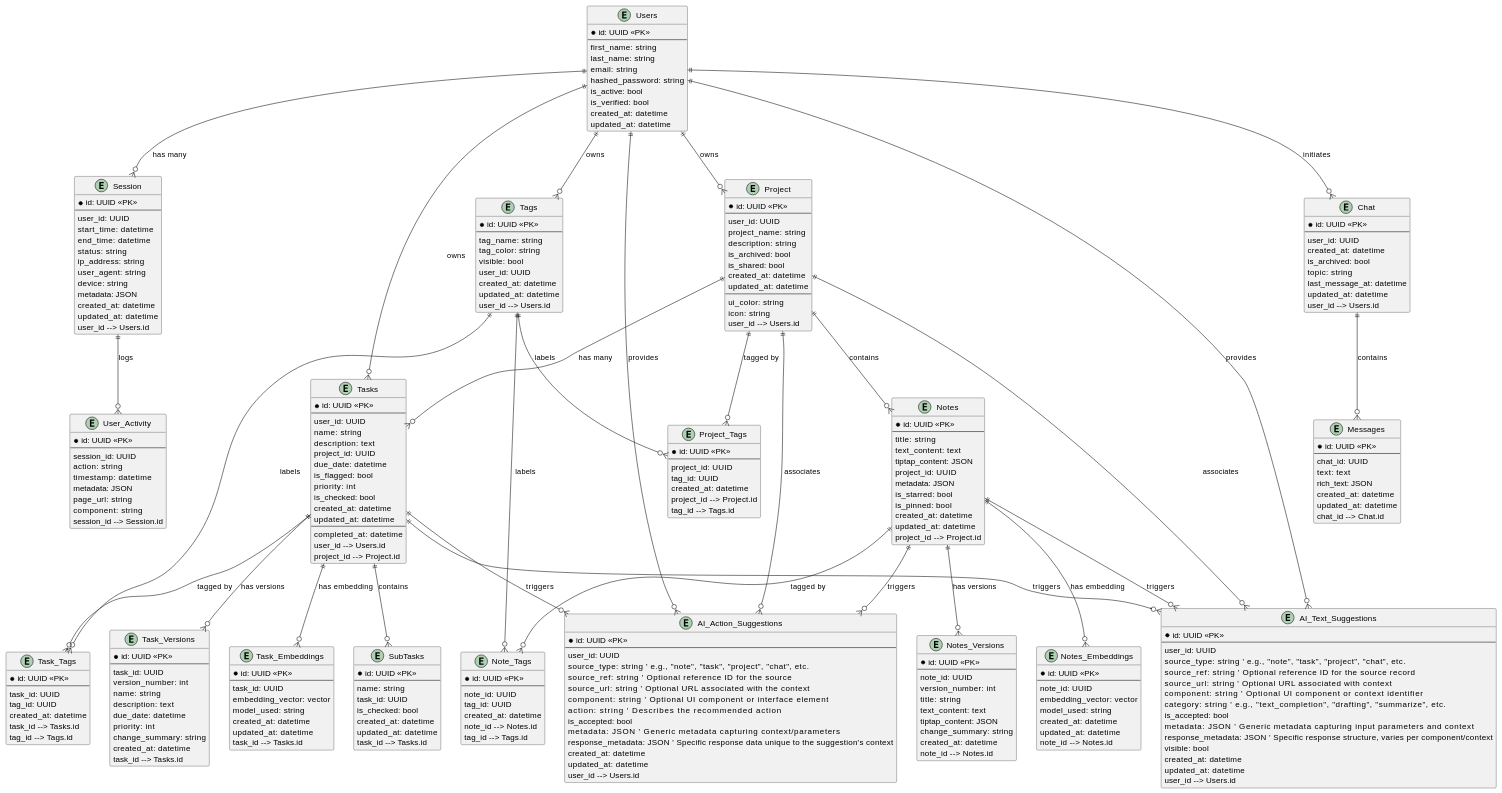
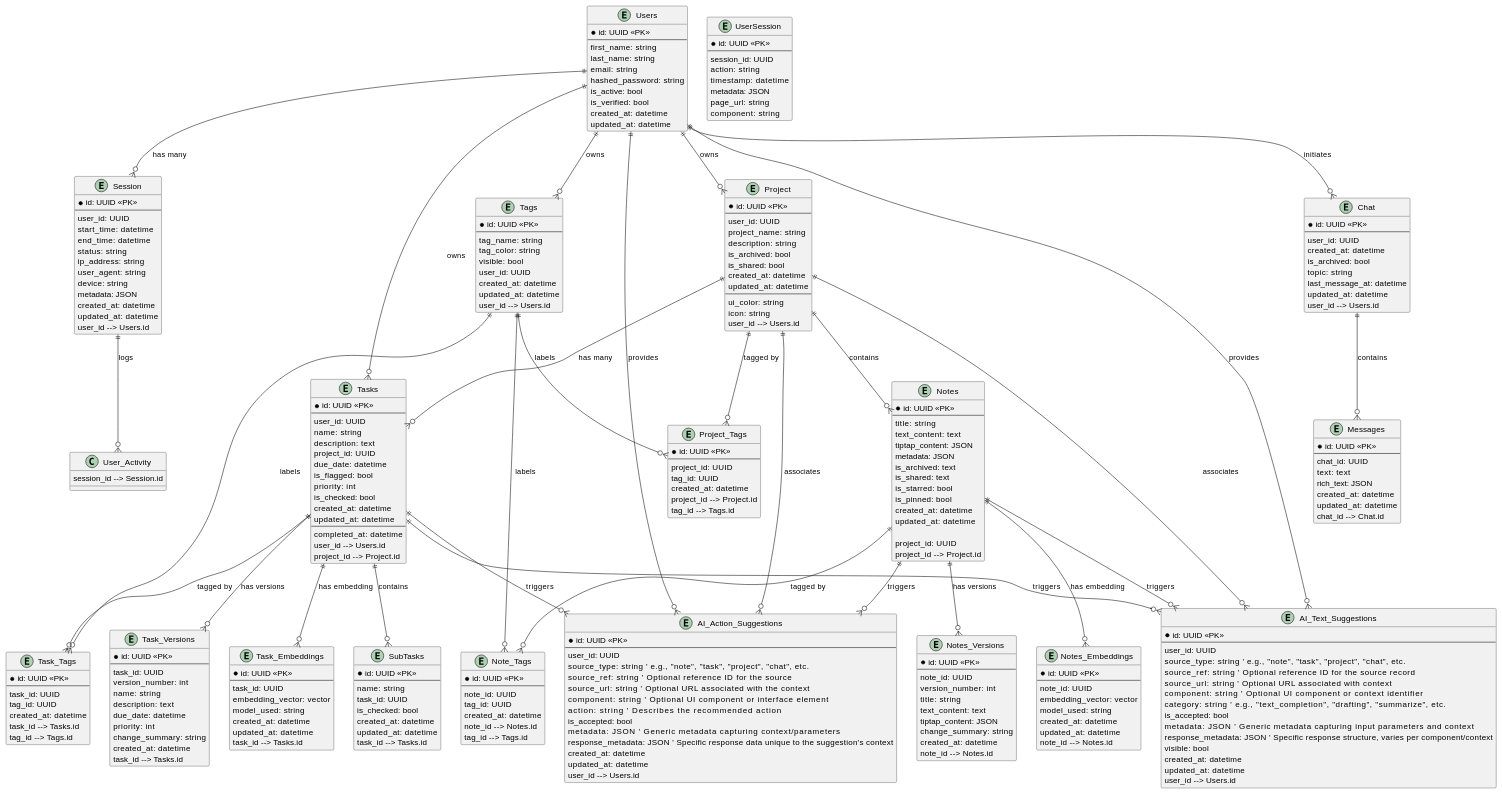
One commit to felipeazuazagal25/ByNote.ai changed the diagram in backend/erm.md. Above: the diagram before and after it, drawn with PlantUML. The commit also changed 16 other files, not shown here.

Commit message:
Partial backend implementation of ERD

```diff
--- a/backend/erm.md
+++ b/backend/erm.md
@@ -33,7 +33,7 @@
   updated_at: datetime
 }
 
-entity User_Activity {
+entity UserSession {
   *id: UUID <<PK>>
   --
   session_id: UUID
@@ -84,12 +84,15 @@
   title: string
   text_content: text
   tiptap_content: JSON
-  project_id: UUID
   metadata: JSON
+  is_archived: text
+  is_shared: text
   is_starred: bool
   is_pinned: bool
   created_at: datetime
   updated_at: datetime
+
+  project_id: UUID
 }
 
 entity Note_Tags {
@@ -111,6 +114,8 @@
   change_summary: string
   created_at: datetime
 }
+
+' --- UNTIL HERE ---
 
 entity Notes_Embeddings {
   *id: UUID <<PK>>
```
